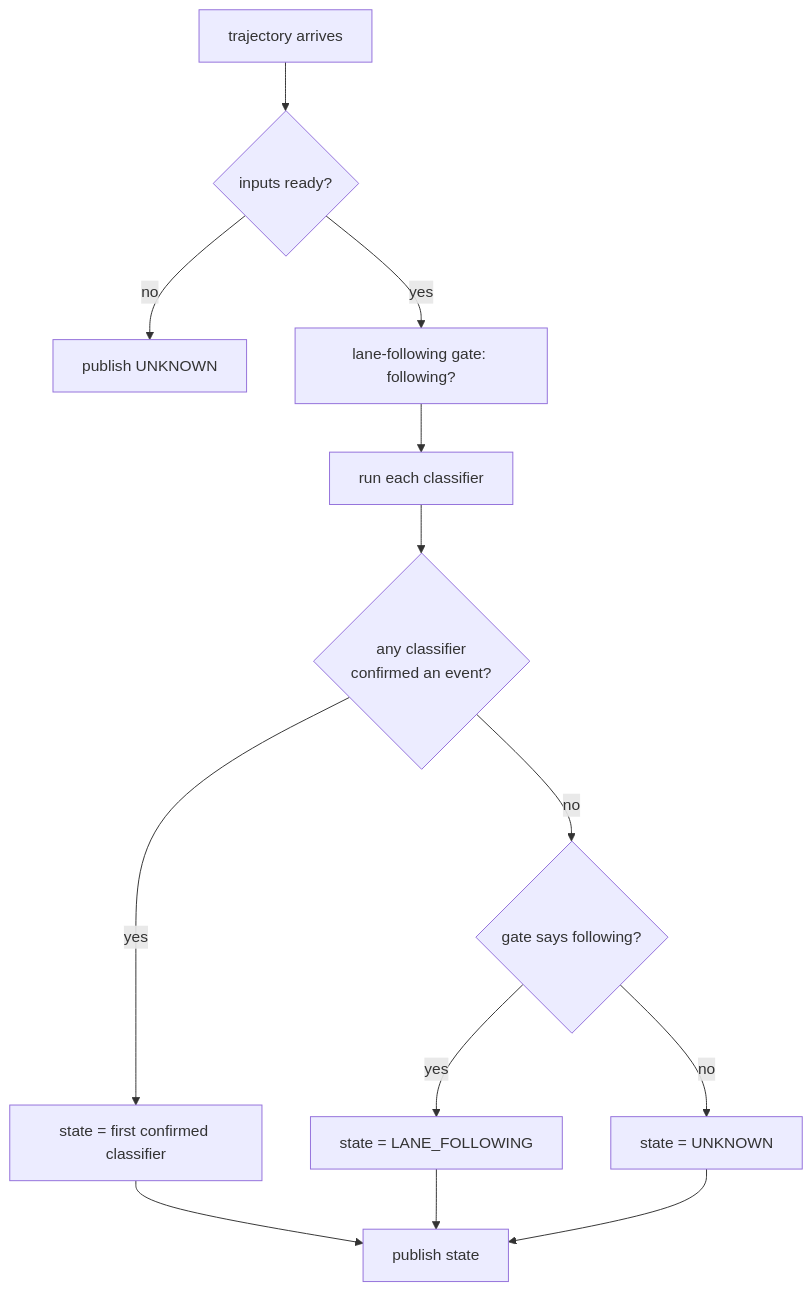
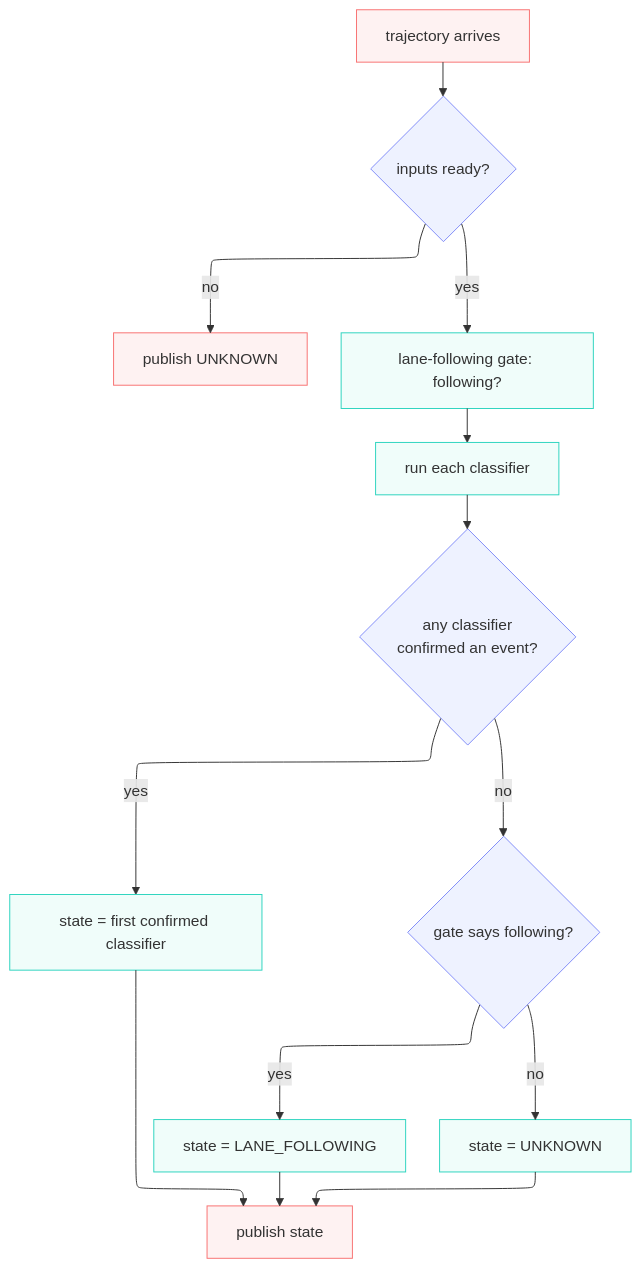
One commit to tier4/autoware_universe changed the diagram in planning/autoware_lane_event_classifier/README.md. Above: the diagram before and after it, drawn with Mermaid.

Commit message:
fix: mermaid docs

````diff
--- a/planning/autoware_lane_event_classifier/README.md
+++ b/planning/autoware_lane_event_classifier/README.md
@@ -62,15 +62,27 @@
 ```mermaid
+---
+config:
+  layout: elk
+---
 flowchart TD
     A[trajectory arrives] --> B{inputs ready?}
-    B -- no --> U[publish UNKNOWN]
-    B -- yes --> E[lane-following gate: following?]
+    B -->|no| U[publish UNKNOWN]
+    B -->|yes| E[lane-following gate: following?]
     E --> F[run each classifier]
     F --> G{any classifier<br/>confirmed an event?}
-    G -- yes --> H[state = first confirmed classifier]
-    G -- no --> I{gate says following?}
-    I -- yes --> J[state = LANE_FOLLOWING]
-    I -- no --> K[state = UNKNOWN]
+    G -->|yes| H[state = first confirmed classifier]
+    G -->|no| I{gate says following?}
+    I -->|yes| J[state = LANE_FOLLOWING]
+    I -->|no| K[state = UNKNOWN]
     H --> P[publish state]
     J --> P
     K --> P
+
+    classDef decision stroke:#818cf8,fill:#eef2ff
+    classDef process stroke:#2dd4bf,fill:#f0fdfa
+    classDef output stroke:#f87171,fill:#fef2f2
+
+    class B,G,I decision
+    class E,F,H,J,K process
+    class A,U,P output
 ```
````
